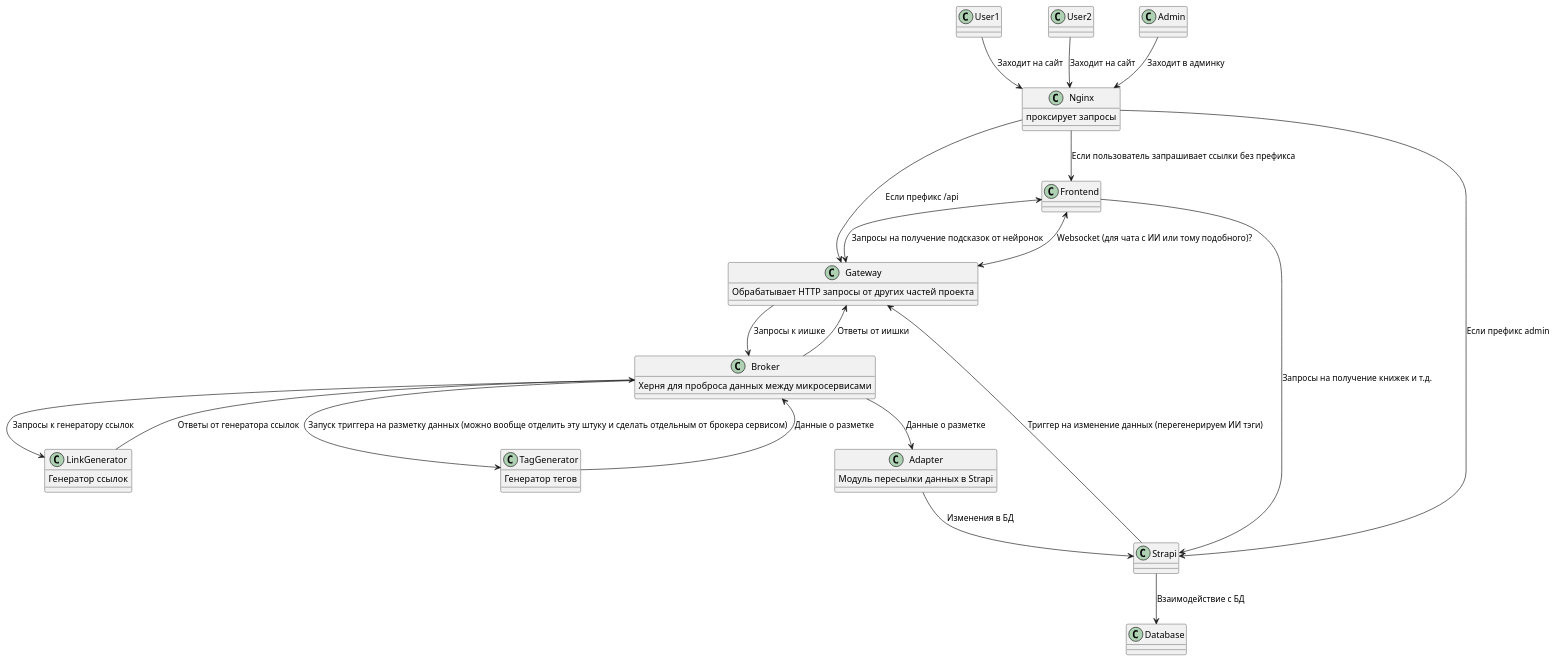
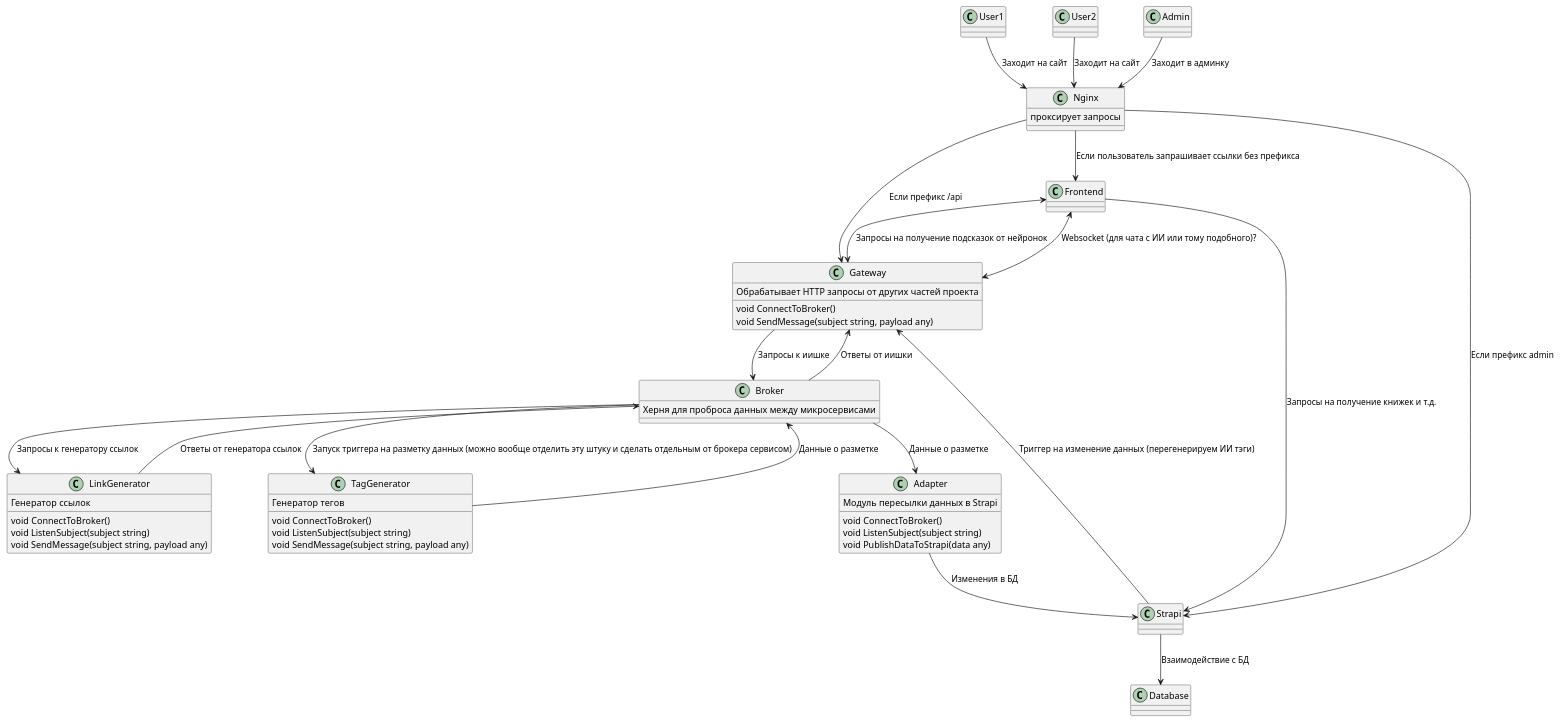
One commit to Romzeuz/Diplom changed the diagram in structure.puml. Above: the diagram before and after it, drawn with PlantUML. The commit also changed 5 other files, not shown here.

```diff
--- a/structure.puml
+++ b/structure.puml
@@ -1,45 +1,56 @@
 @startuml
 class User1 {}
 class User2 {}
 class Admin {}
 class Nginx {
 проксирует запросы
 }
 class Gateway {
 Обрабатывает HTTP запросы от других частей проекта
+void ConnectToBroker()
+void SendMessage(subject string, payload any)
 }
 class LinkGenerator {
 Генератор ссылок
+void ConnectToBroker()
+void ListenSubject(subject string)
+void SendMessage(subject string, payload any)
 }
 class TagGenerator {
 Генератор тегов
+void ConnectToBroker()
+void ListenSubject(subject string)
+void SendMessage(subject string, payload any)
 }
 class Frontend {}
 class Database {}
 class Strapi {}
 class Broker {
 Херня для проброса данных между микросервисами
 }
 class Adapter {
 Модуль пересылки данных в Strapi
+void ConnectToBroker()
+void ListenSubject(subject string)
+void PublishDataToStrapi(data any)
 }
 Strapi --> Database : Взаимодействие с БД
 Frontend <--> Gateway : Запросы на получение подсказок от нейронок
 Frontend <--> Gateway : Websocket (для чата с ИИ или тому подобного)?
 Frontend --> Strapi : Запросы на получение книжек и т.д.
 User1 --> Nginx : Заходит на сайт
 User2 --> Nginx : Заходит на сайт
 Admin --> Nginx : Заходит в админку
 Nginx --> Frontend : Если пользователь запрашивает ссылки без префикса
 Nginx --> Gateway : Если префикс /api
 Nginx --> Strapi : Если префикс admin
 Strapi --> Gateway : Триггер на изменение данных (перегенерируем ИИ тэги)
 Gateway --> Broker : Запросы к иишке
 Broker --> Gateway : Ответы от иишки
 Broker --> LinkGenerator : Запросы к генератору ссылок
 LinkGenerator --> Broker : Ответы от генератора ссылок
 Broker --> TagGenerator : Запуск триггера на разметку данных (можно вообще отделить эту штуку и сделать отдельным от брокера сервисом)
 TagGenerator --> Broker : Данные о разметке
 Broker --> Adapter : Данные о разметке
 Adapter --> Strapi : Изменения в БД
 @enduml
```
